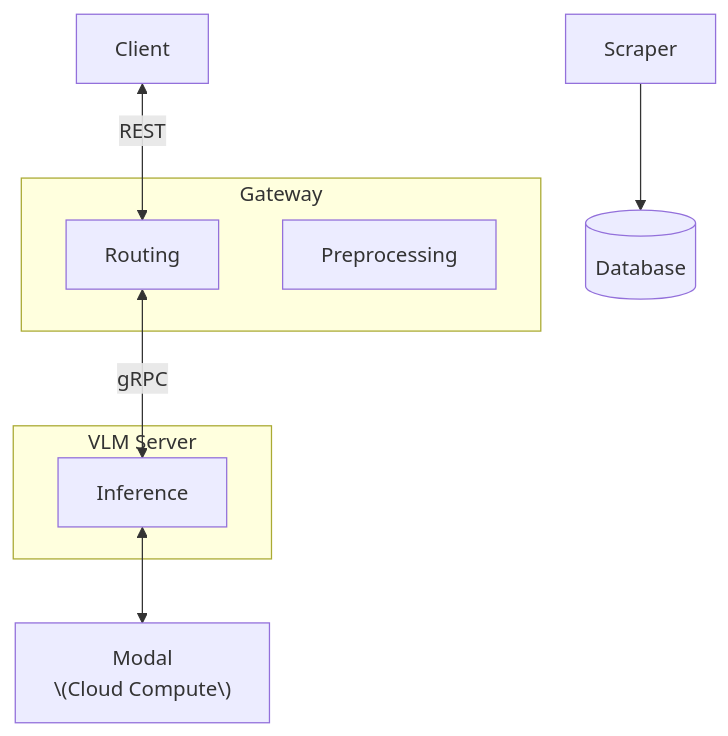
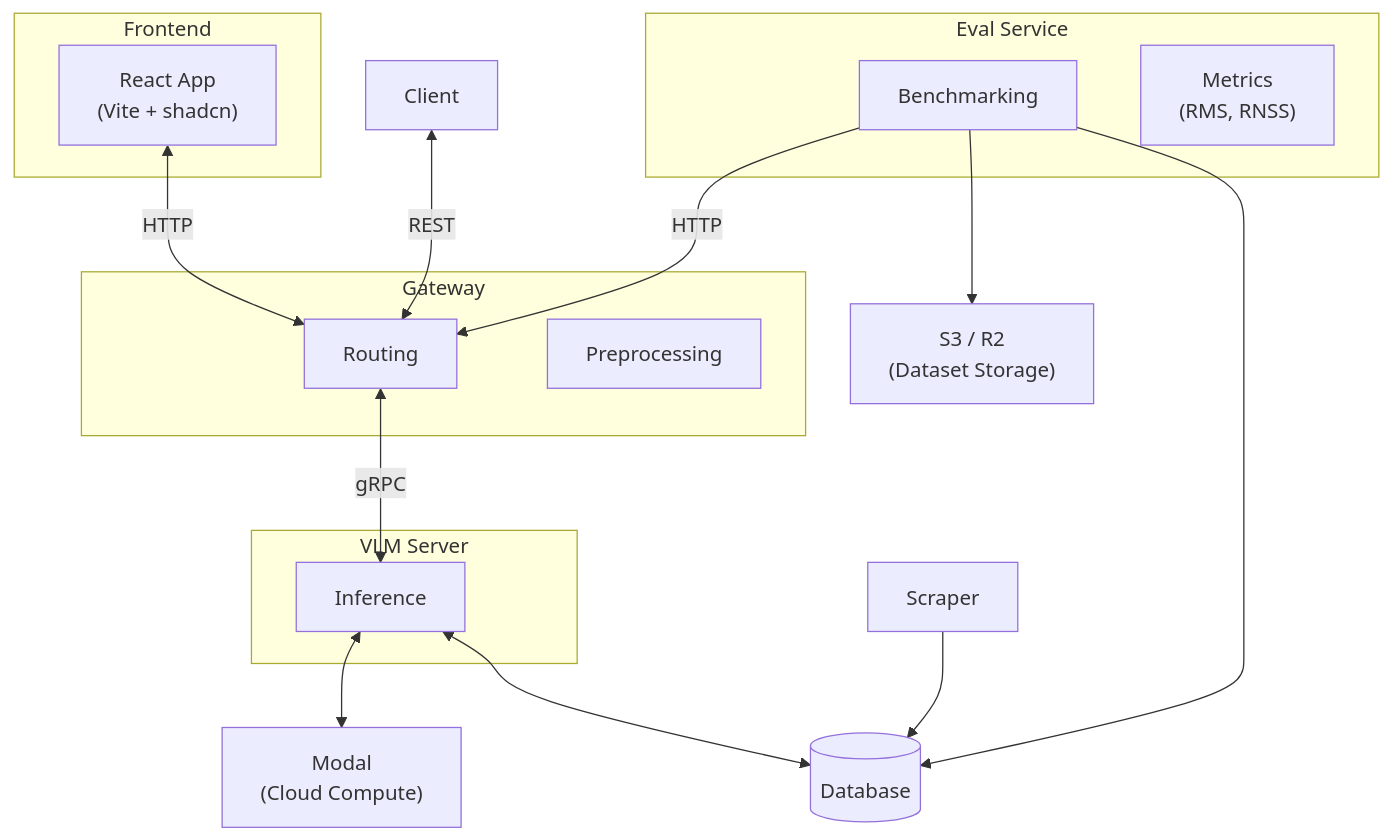
Before and after one commit to kthaisociety/gnosis: the diagram in README.md, drawn with Mermaid. The commit also changed other lines of this file and 3 other files, not shown here.

````diff
--- a/README.md
+++ b/README.md
@@ -83,18 +70,32 @@
 ```mermaid
 graph TD
     Client <-->|REST| Routing
+
+    subgraph Frontend
+        UI["React App<br>(Vite + shadcn)"]
+    end
 
     subgraph Gateway
         Preprocessing
         Routing
     end
 
     subgraph "VLM Server"
         Inference
     end
 
+    subgraph "Eval Service"
+        Benchmarking
+        Metrics["Metrics<br>(RMS, RNSS)"]
+    end
+
+    UI <-->|HTTP| Routing
     Routing <-->|gRPC| Inference
-    Inference <--> Modal["Modal<br>\(Cloud Compute\)"]
+    Inference <--> Modal["Modal<br>(Cloud Compute)"]
+    Benchmarking -->|HTTP| Routing
+    Benchmarking --> S3["S3 / R2<br>(Dataset Storage)"]
 
     Scraper --> DB[(Database)]
+    Inference <--> DB
+    Benchmarking --> DB
 ```
````
